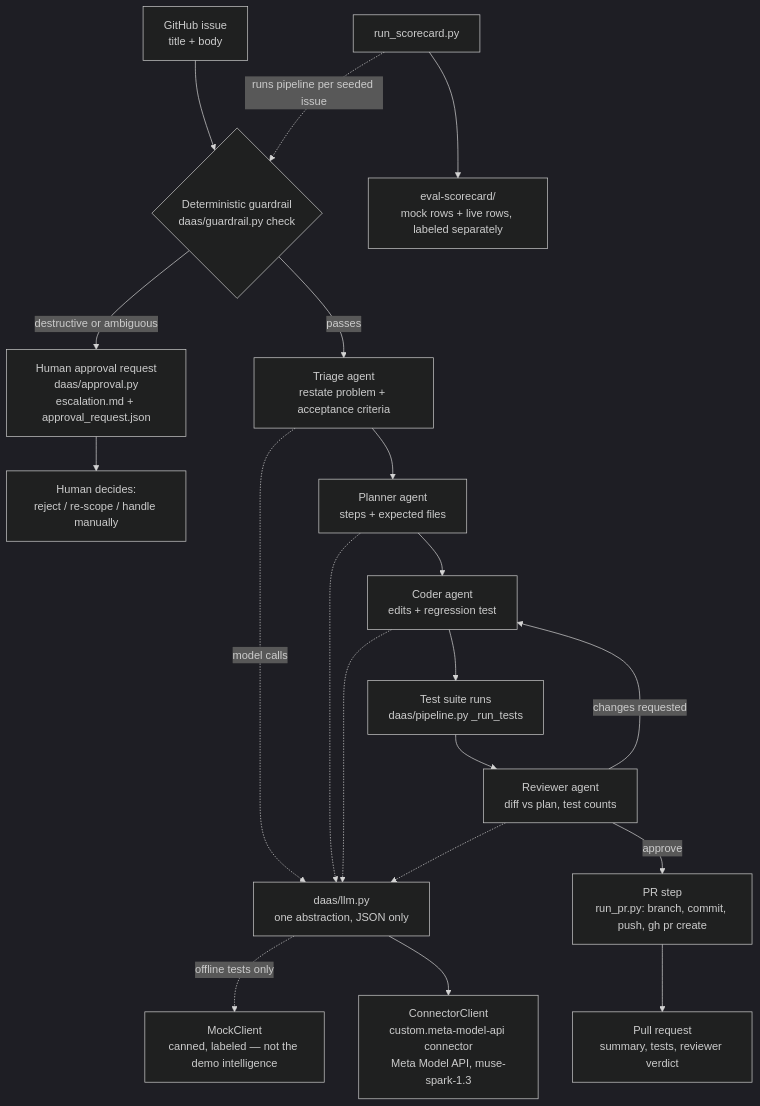
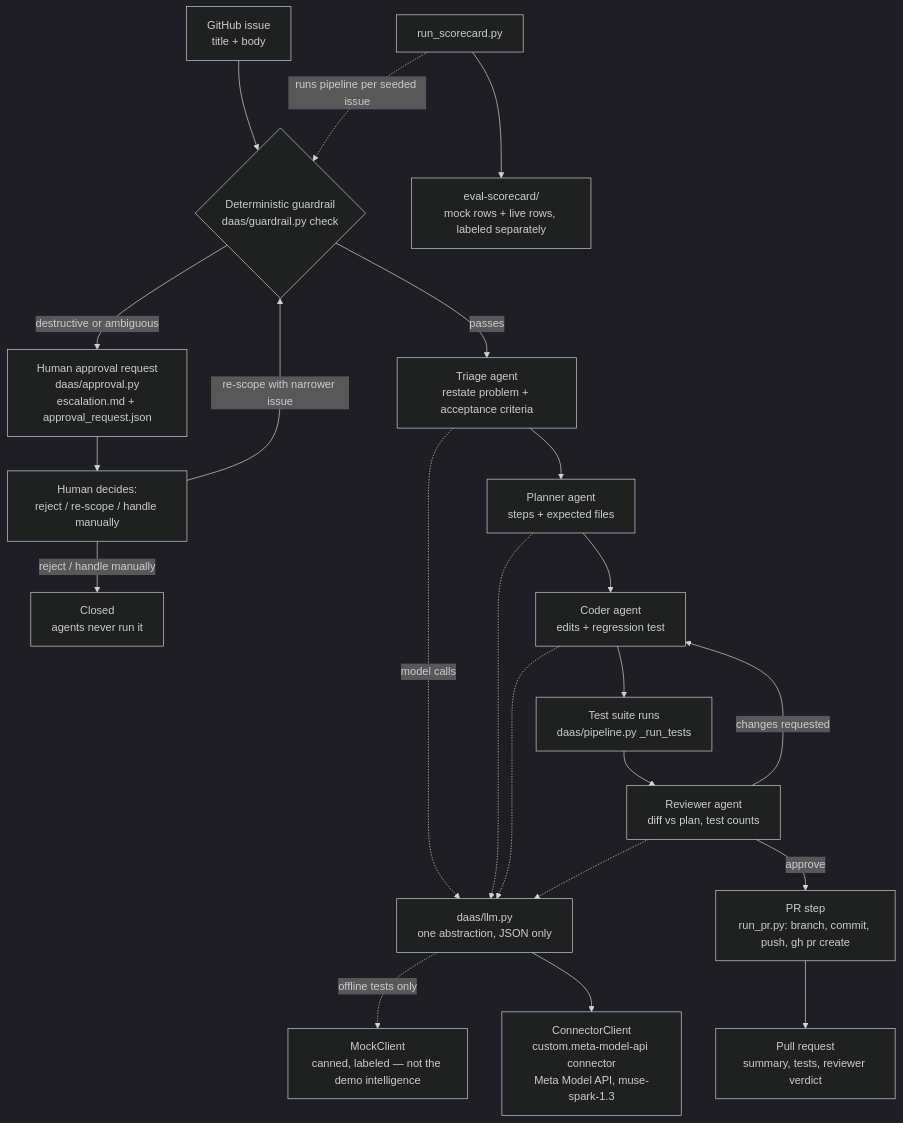
Before and after one commit to josephbolus/devops-as-a-service: the diagram in ARCHITECTURE.md, drawn with Mermaid (dark theme). The commit also changed other lines of this file and 11 other files, not shown here.

````diff
--- a/ARCHITECTURE.md
+++ b/ARCHITECTURE.md
@@ -11,24 +11,26 @@
 ```mermaid
 flowchart TD
     A[GitHub issue<br/>title + body] --> B{Deterministic guardrail<br/>daas/guardrail.py check}
     B -- destructive or ambiguous --> C[Human approval request<br/>daas/approval.py<br/>escalation.md + approval_request.json]
     C --> D[Human decides:<br/>reject / re-scope / handle manually]
+    D -- re-scope with narrower issue --> B
+    D -- reject / handle manually --> X[Closed<br/>agents never run it]
     B -- passes --> E[Triage agent<br/>restate problem + acceptance criteria]
     E --> F[Planner agent<br/>steps + expected files]
     F --> G[Coder agent<br/>edits + regression test]
     G --> H[Test suite runs<br/>daas/pipeline.py _run_tests]
     H --> I[Reviewer agent<br/>diff vs plan, test counts]
     I -- changes requested --> G
     I -- approve --> J[PR step<br/>run_pr.py: branch, commit, push, gh pr create]
     J --> K[Pull request<br/>summary, tests, reviewer verdict]
 
     E -. model calls .-> L[daas/llm.py<br/>one abstraction, JSON only]
     F -.-> L
     G -.-> L
     I -.-> L
     L --> M[ConnectorClient<br/>custom.meta-model-api connector<br/>Meta Model API, muse-spark-1.3]
     L -. offline tests only .-> N[MockClient<br/>canned, labeled — not the demo intelligence]
 
     O[run_scorecard.py] -. runs pipeline per seeded issue .-> B
     O --> P[eval-scorecard/<br/>mock rows + live rows, labeled separately]
 ```
````
